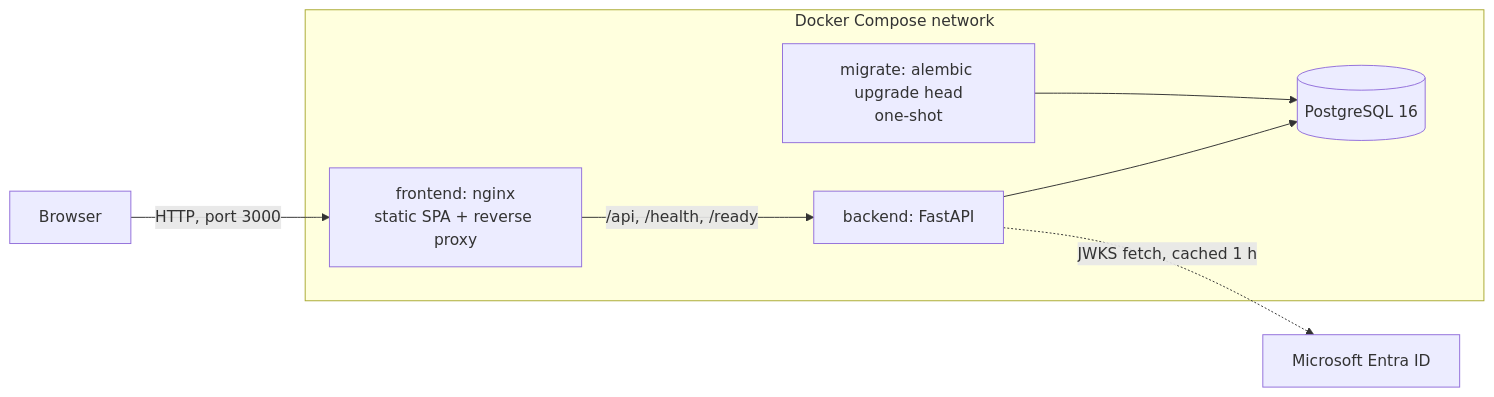
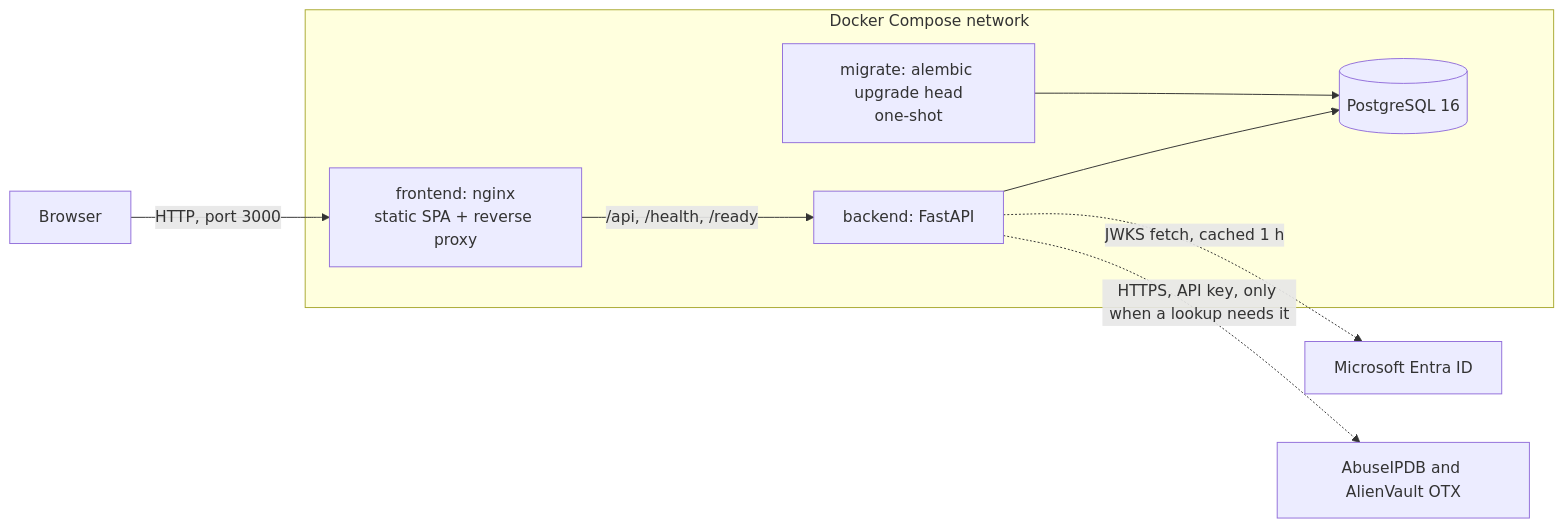
One commit to FireHeaven166114/CipherForge changed the first of 3 diagrams in docs/architecture.md. Above: the diagram before and after it, drawn with Mermaid. The commit also changed other lines of this file and 48 other files, not shown here.

First line of the commit message:
feat: Phase 2 threat-intelligence backend (AbuseIPDB + AlienVault OTX)

````diff
--- a/docs/architecture.md
+++ b/docs/architecture.md
@@ -9,10 +9,11 @@
 ```mermaid
 flowchart LR
     Browser[Browser] -->|HTTP, port 3000| Nginx
     subgraph Compose[Docker Compose network]
         Nginx["frontend: nginx<br/>static SPA + reverse proxy"] -->|/api, /health, /ready| API[backend: FastAPI]
         Migrate["migrate: alembic upgrade head<br/>one-shot"] --> DB
         API --> DB[(PostgreSQL 16)]
     end
     API -.->|JWKS fetch, cached 1 h| Entra[Microsoft Entra ID]
+    API -.->|HTTPS, API key, only when a lookup needs it| Feeds[AbuseIPDB and AlienVault OTX]
 ```
````
